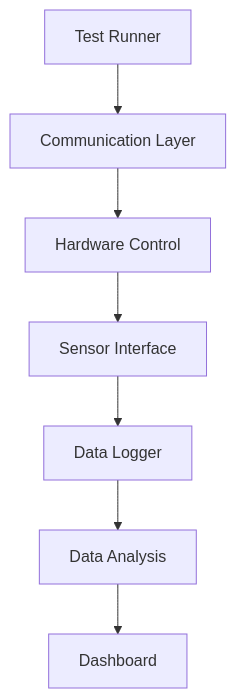
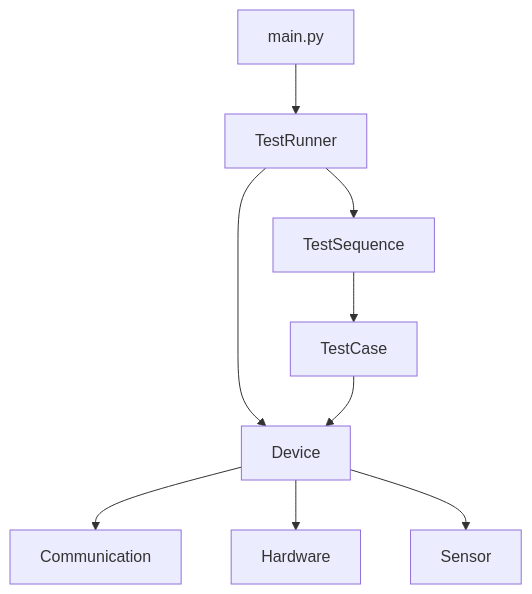
The first of 2 diagrams in docs/architecture.md (chengyeyang/hybrid-reliability-lab), drawn with Mermaid before and after one commit. The commit also changed other lines of this file and 2 other files, not shown here.

````diff
--- a/docs/architecture.md
+++ b/docs/architecture.md
@@ -28,17 +67,20 @@
 ```mermaid
 flowchart TD
-    TR[Test Runner]
-    COM[Communication Layer]
-    HW[Hardware Control]
-    SEN[Sensor Interface]
-    LOG[Data Logger]
-    ANA[Data Analysis]
-    DASH[Dashboard]
+    MAIN[main.py]
+    TR[TestRunner]
+    TS[TestSequence]
+    TC[TestCase]
+    DEV[Device]
+    COM[Communication]
+    HW[Hardware]
+    SEN[Sensor]
 
-    TR --> COM
-    COM --> HW
-    HW --> SEN
-    SEN --> LOG
-    LOG --> ANA
-    ANA --> DASH
+    MAIN --> TR
+    TR --> TS
+    TR --> DEV
+    TS --> TC
+    TC --> DEV
+    DEV --> COM
+    DEV --> HW
+    DEV --> SEN
 ```
````
